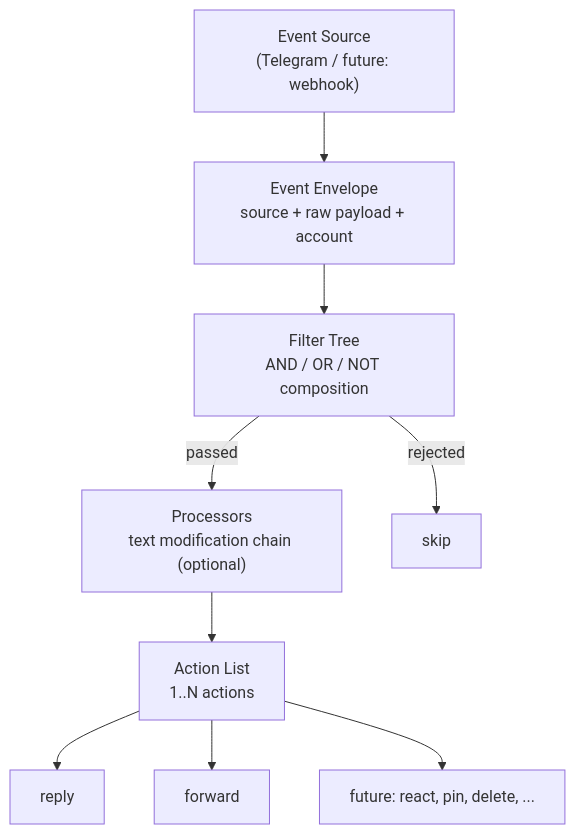
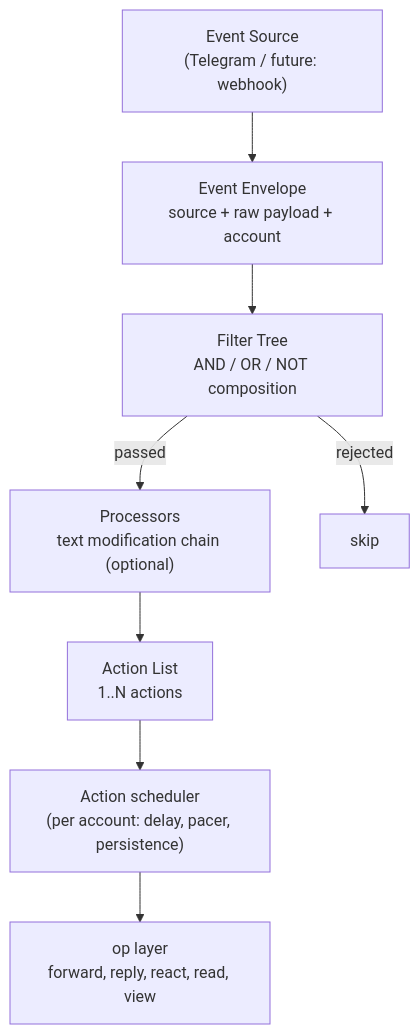
The first of 5 diagrams in tlgr/gateway/README.md (tlgrcli/tlgr), drawn with Mermaid before and after one commit. The commit also changed other lines of this file and 6 other files, not shown here.

````diff
--- a/tlgr/gateway/README.md
+++ b/tlgr/gateway/README.md
@@ -7,12 +7,11 @@
 ```mermaid
 flowchart TB
     SRC["Event Source\n(Telegram / future: webhook)"] --> ENV["Event Envelope\nsource + raw payload + account"]
     ENV --> FILT["Filter Tree\nAND / OR / NOT composition"]
     FILT -->|"passed"| PROC["Processors\ntext modification chain (optional)"]
     PROC --> ACT["Action List\n1..N actions"]
-    ACT --> A1["reply"]
-    ACT --> A2["forward"]
-    ACT --> A3["future: react, pin, delete, ..."]
+    ACT --> SCH["Action scheduler\n(per account: delay, pacer, persistence)"]
+    SCH --> OPS["op layer\nforward, reply, react, read, view"]
 
     FILT -->|"rejected"| DROP["skip"]
 ```
````
